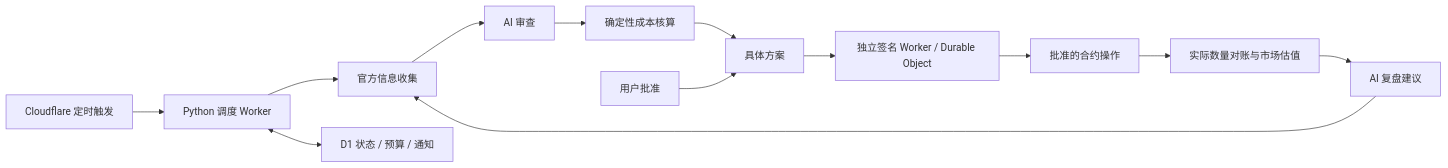
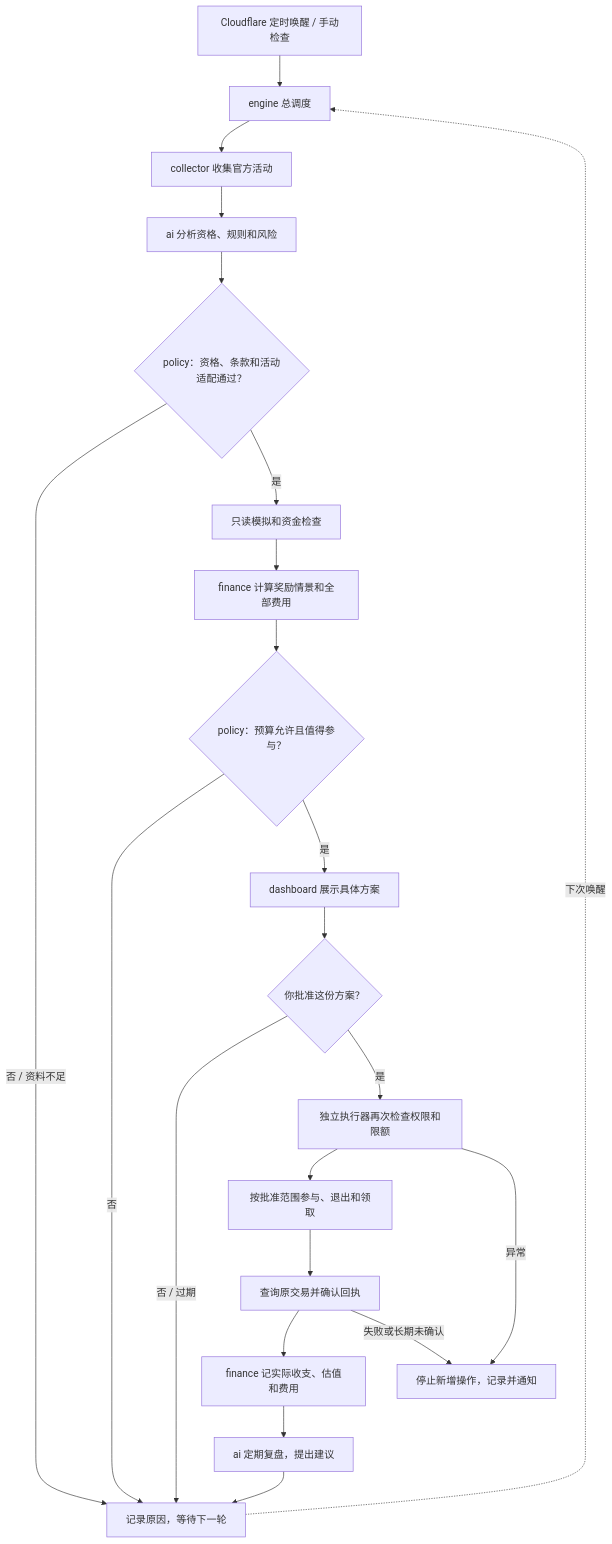
The diagram in docs/ARCHITECTURE.md (ashex-lost/auto-crypto), drawn with Mermaid before and after one commit. The commit also changed other lines of this file and 12 other files, not shown here.

````diff
--- a/docs/ARCHITECTURE.md
+++ b/docs/ARCHITECTURE.md
@@ -3,15 +3,24 @@
 ```mermaid
-flowchart LR
-  Cron[Cloudflare 定时触发] --> Python[Python 调度 Worker]
-  Python --> Sources[官方信息收集]
-  Sources --> AI[AI 审查]
-  AI --> Calc[确定性成本核算]
-  Calc --> Proposal[具体方案]
-  Owner[用户批准] --> Proposal
-  Proposal --> Signer[独立签名 Worker / Durable Object]
-  Signer --> Chain[批准的合约操作]
-  Chain --> Ledger[实际数量对账与市场估值]
-  Ledger --> Review[AI 复盘建议]
-  Review --> Sources
-  Python <--> D1[D1 状态 / 预算 / 通知]
+flowchart TD
+  T[Cloudflare 定时唤醒 / 手动检查] --> E[engine 总调度]
+  E --> C[collector 收集官方活动]
+  C --> A[ai 分析资格、规则和风险]
+  A --> Q{policy：资格、条款和活动适配通过？}
+  Q -- 否 / 资料不足 --> W[记录原因，等待下一轮]
+  Q -- 是 --> V[只读模拟和资金检查]
+  V --> F[finance 计算奖励情景和全部费用]
+  F --> P{policy：预算允许且值得参与？}
+  P -- 否 --> W
+  P -- 是 --> U[dashboard 展示具体方案]
+  U --> OK{你批准这份方案？}
+  OK -- 否 / 过期 --> W
+  OK -- 是 --> X[独立执行器再次检查权限和限额]
+  X --> TX[按批准范围参与、退出和领取]
+  TX --> R[查询原交易并确认回执]
+  R --> L[finance 记实际收支、估值和费用]
+  L --> REV[ai 定期复盘，提出建议]
+  REV --> W
+  W -. 下次唤醒 .-> E
+  X -- 异常 --> N[停止新增操作，记录并通知]
+  R -- 失败或长期未确认 --> N
 ```
````
